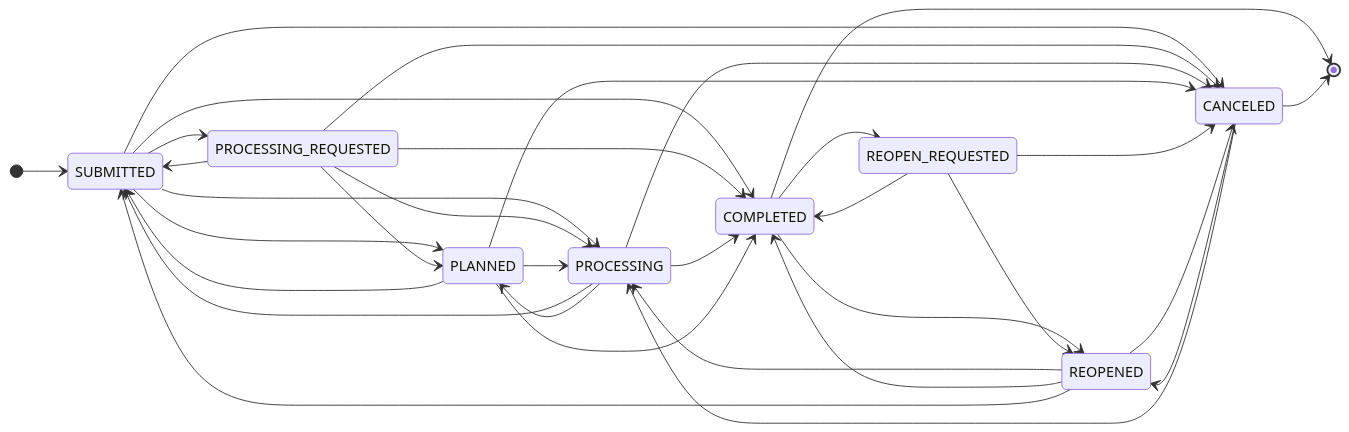
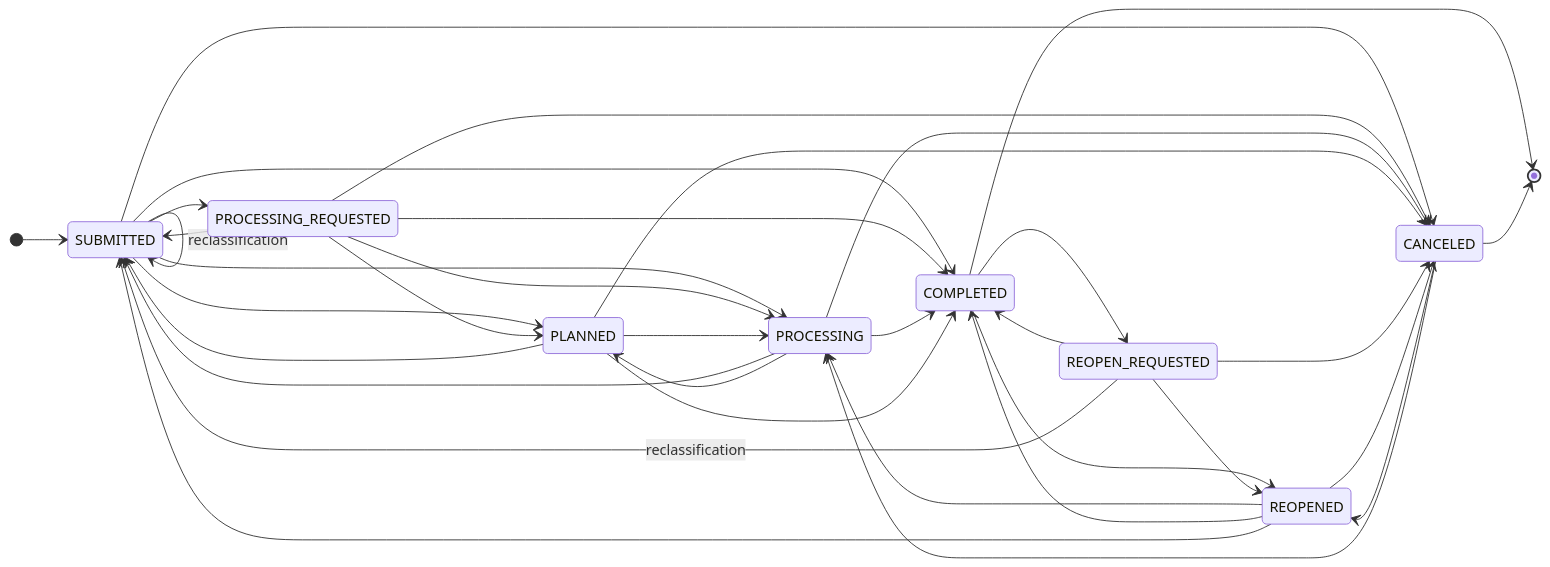
One commit to Amsterdam/meldingen changed the diagram in docs/statemachines/melding-process.md. Above: the diagram before and after it, drawn with Mermaid. The commit also changed other lines of this file and 10 other files, not shown here.

````diff
--- a/docs/statemachines/melding-process.md
+++ b/docs/statemachines/melding-process.md
@@ -5,50 +10,52 @@
 ```mermaid
 
 stateDiagram-v2
     direction LR
 
     [*] --> SUBMITTED 
 
     SUBMITTED  --> PROCESSING_REQUESTED 
     SUBMITTED  --> PROCESSING 
     SUBMITTED  --> COMPLETED 
     SUBMITTED  --> CANCELED 
     SUBMITTED  --> PLANNED 
+    SUBMITTED  --> SUBMITTED : reclassification
 
     PROCESSING_REQUESTED  --> SUBMITTED 
     PROCESSING_REQUESTED  --> PLANNED 
     PROCESSING_REQUESTED  --> COMPLETED 
     PROCESSING_REQUESTED  --> PROCESSING 
     PROCESSING_REQUESTED  --> CANCELED 
 
     PROCESSING  --> SUBMITTED 
     PROCESSING  --> PLANNED 
     PROCESSING  --> COMPLETED 
     PROCESSING  --> CANCELED 
 
     PLANNED  --> SUBMITTED 
     PLANNED  --> PROCESSING 
     PLANNED  --> COMPLETED 
     PLANNED  --> CANCELED 
     
     CANCELED  --> REOPENED 
     CANCELED  --> PROCESSING
     
     COMPLETED  --> REOPENED 
     COMPLETED  --> REOPEN_REQUESTED
     
     REOPEN_REQUESTED --> COMPLETED
     REOPEN_REQUESTED --> REOPENED
     REOPEN_REQUESTED --> CANCELED
+    REOPEN_REQUESTED --> SUBMITTED : reclassification
     
     REOPENED  --> PROCESSING 
     REOPENED  --> COMPLETED 
     REOPENED  --> CANCELED 
     REOPENED  --> SUBMITTED 
     
     COMPLETED  --> [*]
     CANCELED  --> [*]
     
     state COMPLETED <<end>>
     state CANCELED <<end>>
 ```
````
